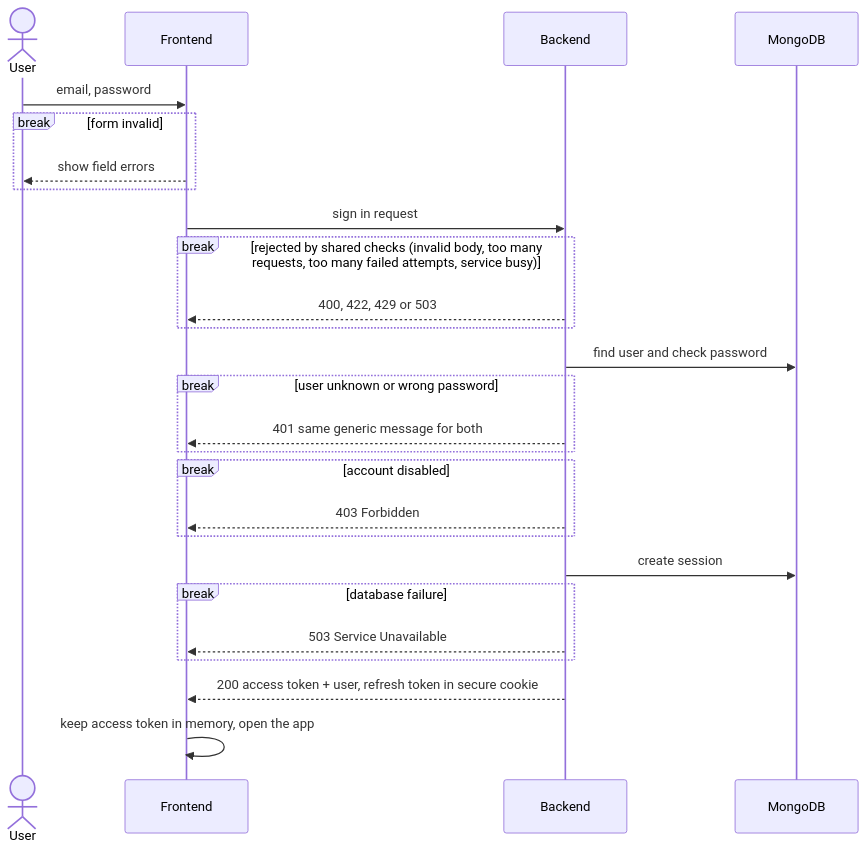
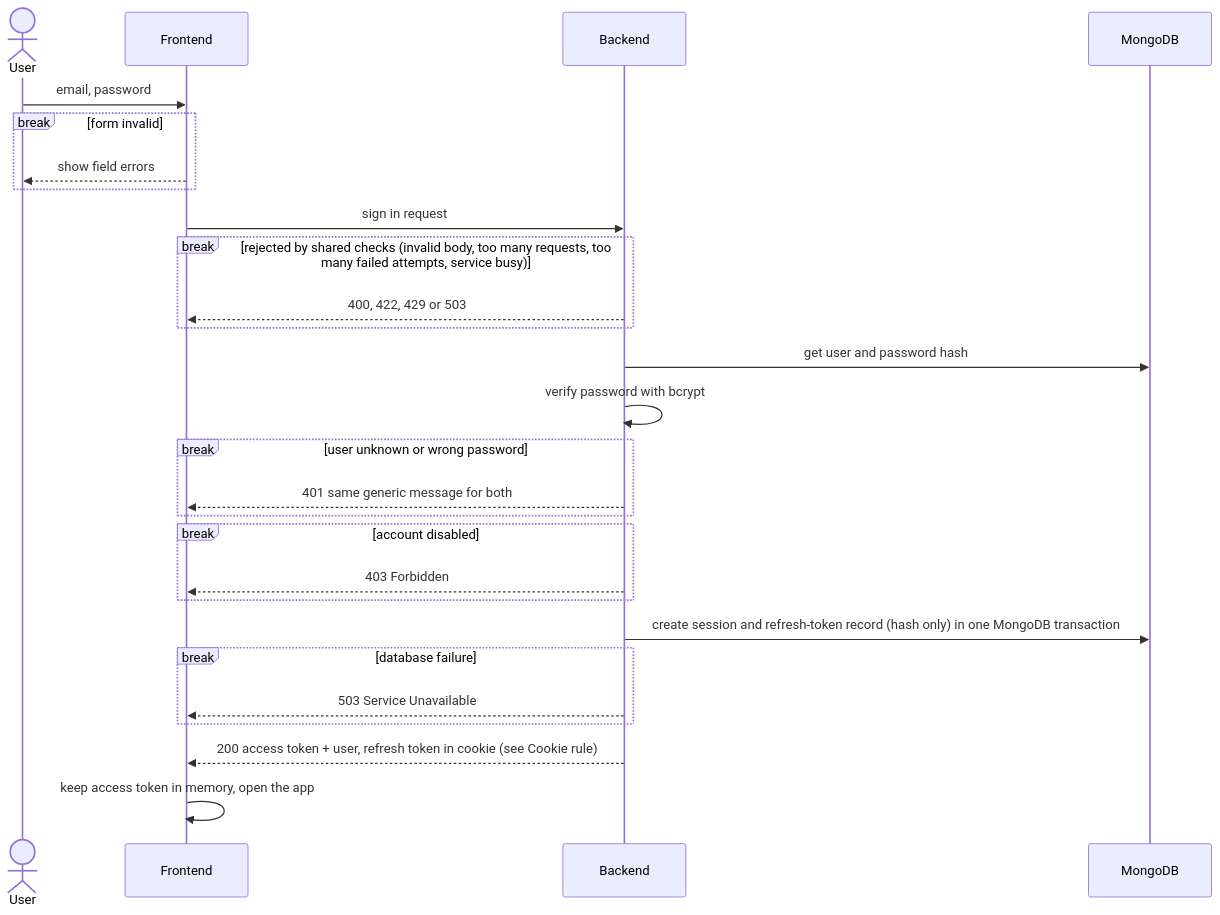
Before and after one commit to Rowan-habashy/easyGenerator-auth: the second of 4 diagrams in docs/architecture/auth-flow.md, drawn with Mermaid. The commit also changed other lines of this file and 2 other files, not shown here.

Commit message:
Adjust auth flow

````diff
--- a/docs/architecture/auth-flow.md
+++ b/docs/architecture/auth-flow.md
@@ -43,29 +45,30 @@
 ```mermaid
 sequenceDiagram
     actor U as User
     participant F as Frontend
     participant B as Backend
     participant D as MongoDB
 
     U->>F: email, password
     break form invalid
         F-->>U: show field errors
     end
     F->>B: sign in request
     break rejected by shared checks (invalid body, too many requests, too many failed attempts, service busy)
         B-->>F: 400, 422, 429 or 503
     end
-    B->>D: find user and check password
+    B->>D: get user and password hash
+    B->>B: verify password with bcrypt
     break user unknown or wrong password
         B-->>F: 401 same generic message for both
     end
     break account disabled
         B-->>F: 403 Forbidden
     end
-    B->>D: create session
+    B->>D: create session and refresh-token record (hash only) in one MongoDB transaction
     break database failure
         B-->>F: 503 Service Unavailable
     end
-    B-->>F: 200 access token + user, refresh token in secure cookie
+    B-->>F: 200 access token + user, refresh token in cookie (see Cookie rule)
     F->>F: keep access token in memory, open the app
 ```
````
